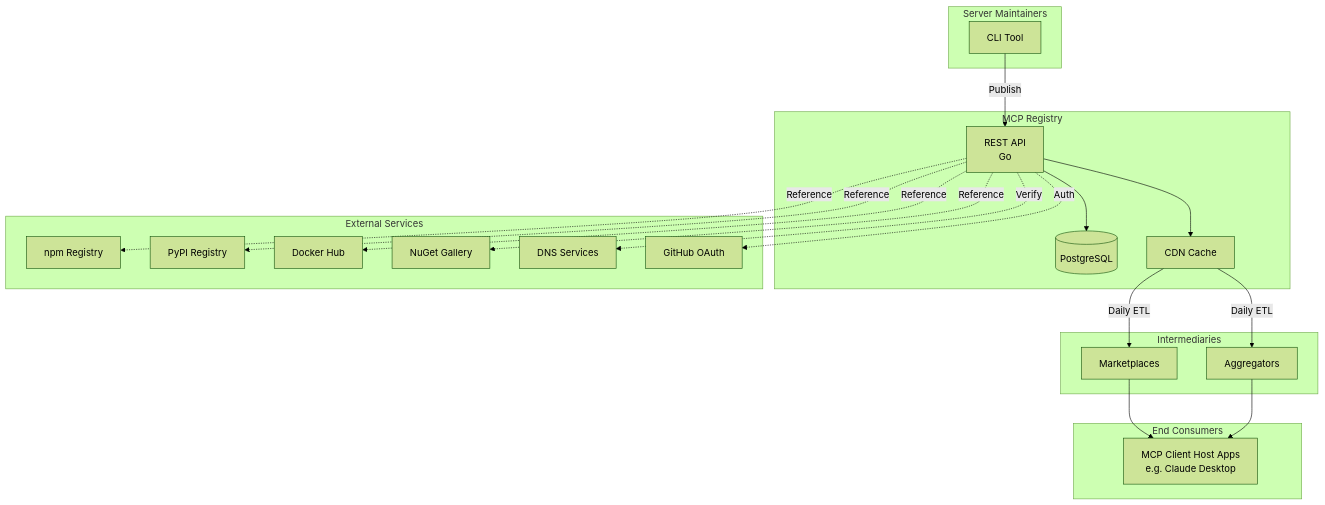
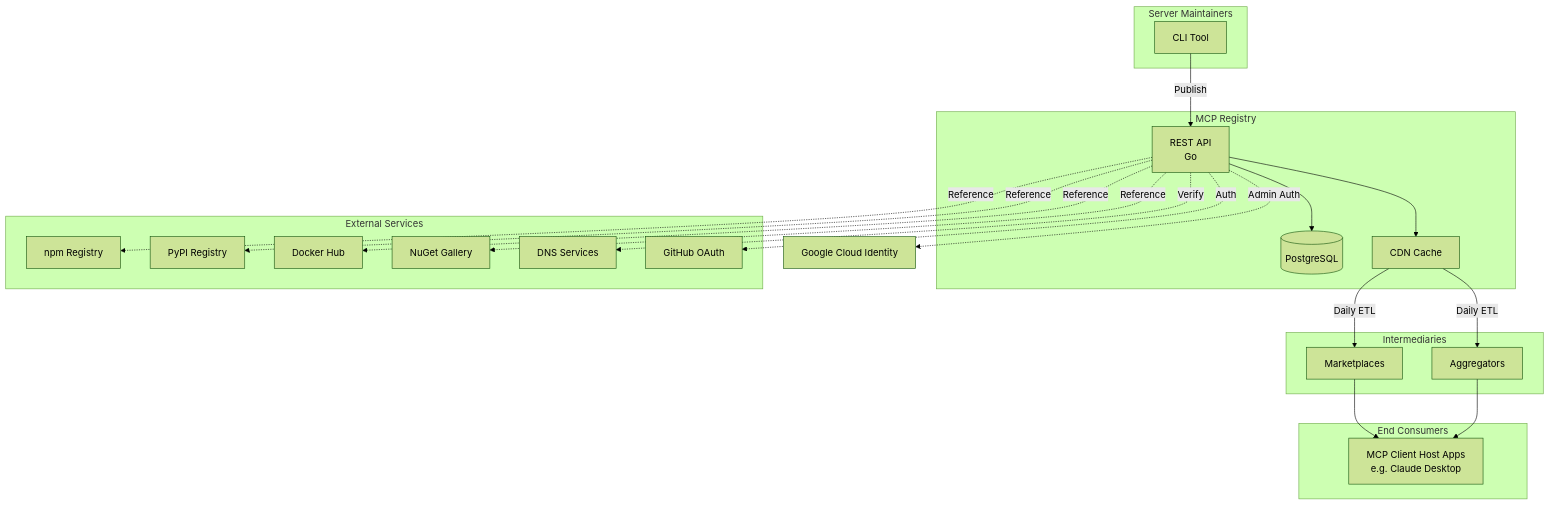
Before and after one commit to modelcontextprotocol/registry: the first of 6 diagrams in docs/architecture.md, drawn with Mermaid (forest theme). The commit also changed other lines of this file and 5 other files, not shown here.

First line of the commit message:
feat: implement OIDC authentication for admin users with Google Cloud Identity

````diff
--- a/docs/architecture.md
+++ b/docs/architecture.md
@@ -9,44 +9,45 @@
 ```mermaid
 graph TB
     subgraph "Server Maintainers"
         CLI[CLI Tool]
     end
     
     subgraph "MCP Registry"
         API[REST API<br/>Go]
         DB[(PostgreSQL)]
         CDN[CDN Cache]
     end
     
     subgraph "Intermediaries"
         MKT[Marketplaces]
         AGG[Aggregators]
     end
     
     subgraph "End Consumers"
         MC[MCP Client Host Apps<br/>e.g. Claude Desktop]
     end
     
     subgraph "External Services"
         NPM[npm Registry]
         PYPI[PyPI Registry]
         DOCKER[Docker Hub]
         NUGET[NuGet Gallery]
         DNS[DNS Services]
         GH[GitHub OAuth]
     end
     
     CLI --> |Publish| API
     API --> DB
     API --> CDN
     CDN --> |Daily ETL| MKT
     CDN --> |Daily ETL| AGG
     MKT --> MC
     AGG --> MC
     API -.-> |Auth| GH
+    API -.-> |Admin Auth| GCP[Google Cloud Identity]
     API -.-> |Verify| DNS
     API -.-> |Reference| NPM
     API -.-> |Reference| PYPI
     API -.-> |Reference| NUGET
     API -.-> |Reference| DOCKER
 ```
````
